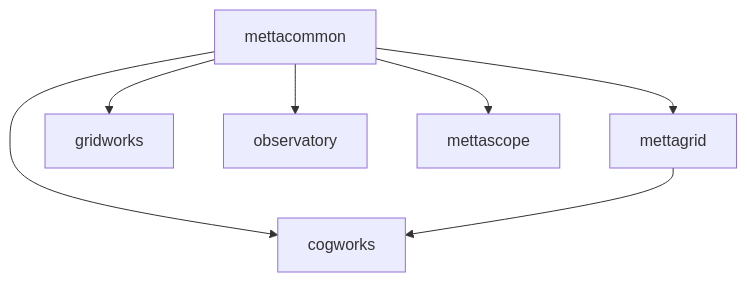
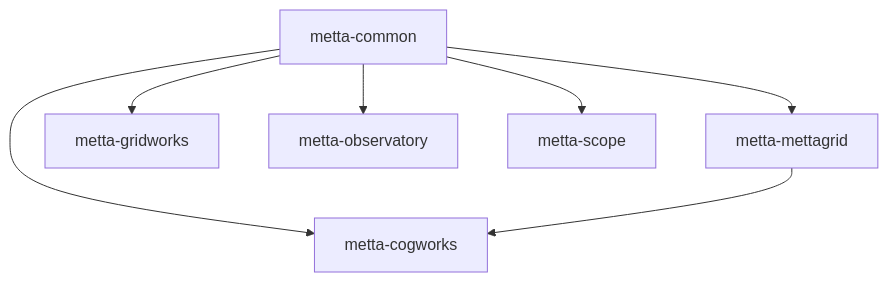
The diagram in REPO_ORGANIZATION.md (Metta-AI/metta), drawn with Mermaid before and after one commit. The commit also changed other lines of this file, not shown here.

````diff
--- a/REPO_ORGANIZATION.md
+++ b/REPO_ORGANIZATION.md
@@ -396,9 +211,9 @@
 ```mermaid
 graph TD
-    A[mettacommon] --> B[mettagrid]
-    A --> C[cogworks]
+    A[metta-common] --> B[metta-mettagrid]
+    A --> C[metta-cogworks]
     B --> C
-    A --> D[gridworks]
-    A --> E[observatory]
-    A --> F[mettascope]
+    A --> D[metta-gridworks]
+    A --> E[metta-observatory]
+    A --> F[metta-scope]
 ```
````
